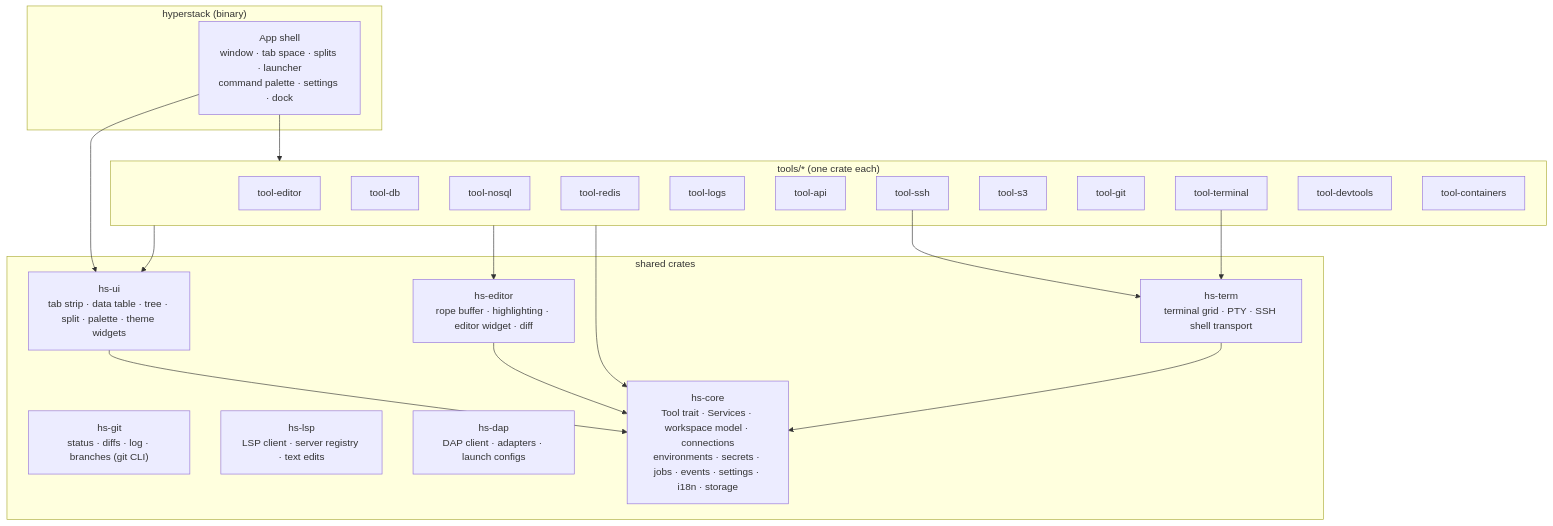
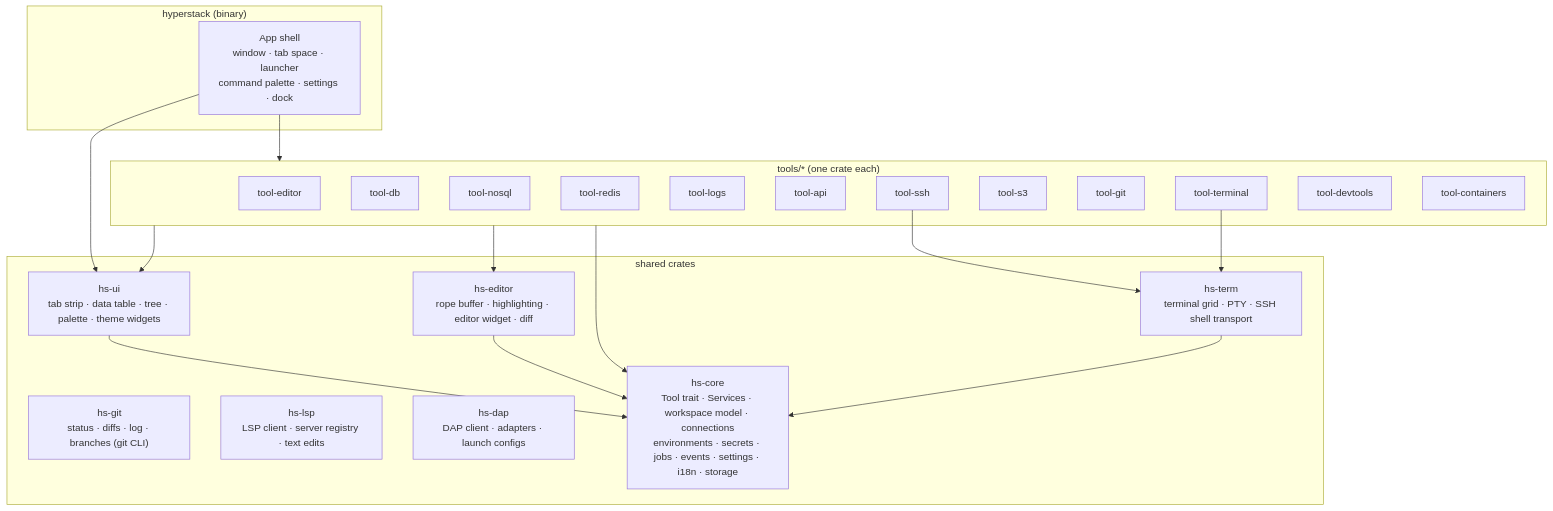
Before and after one commit to mzaki-raup/hyper-stack: the first of 2 diagrams in docs/03-architecture.md, drawn with Mermaid. The commit also changed other lines of this file and 18 other files, not shown here.

````diff
--- a/docs/03-architecture.md
+++ b/docs/03-architecture.md
@@ -15,29 +15,29 @@
 ```mermaid
 flowchart TB
     subgraph bin["hyperstack (binary)"]
-        Shell["App shell<br/>window · tab space · splits · launcher<br/>command palette · settings · dock"]
+        Shell["App shell<br/>window · tab space · launcher<br/>command palette · settings · dock"]
     end
     subgraph tools["tools/* (one crate each)"]
         Ed[tool-editor] ; Db[tool-db] ; Nq[tool-nosql] ; Rd[tool-redis] ; Lg[tool-logs] ; Api[tool-api] ; Ssh[tool-ssh]
         S3[tool-s3] ; Git[tool-git] ; Term[tool-terminal] ; Dev[tool-devtools] ; Ctr[tool-containers]
     end
     subgraph shared["shared crates"]
-        UI["hs-ui<br/>tab strip · data table · tree · split · palette · theme widgets"]
+        UI["hs-ui<br/>tab strip · data table · tree · palette · theme widgets"]
         Editor["hs-editor<br/>rope buffer · highlighting · editor widget · diff"]
         GitCore["hs-git<br/>status · diffs · log · branches (git CLI)"]
         Lsp["hs-lsp<br/>LSP client · server registry · text edits"]
         Dap["hs-dap<br/>DAP client · adapters · launch configs"]
         TermCore["hs-term<br/>terminal grid · PTY · SSH shell transport"]
         Core["hs-core<br/>Tool trait · Services · workspace model · connections<br/>environments · secrets · jobs · events · settings · i18n · storage"]
     end
     Shell --> tools
     Shell --> UI
     tools --> UI
     tools --> Editor
     Ssh --> TermCore
     Term --> TermCore
     tools --> Core
     UI --> Core
     Editor --> Core
     TermCore --> Core
 ```
````
